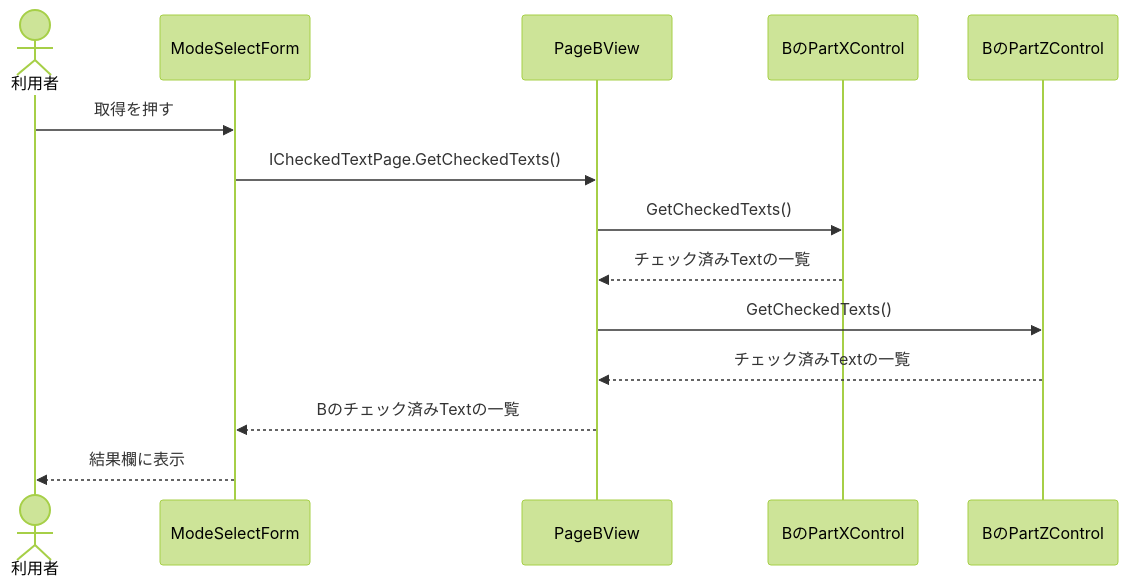
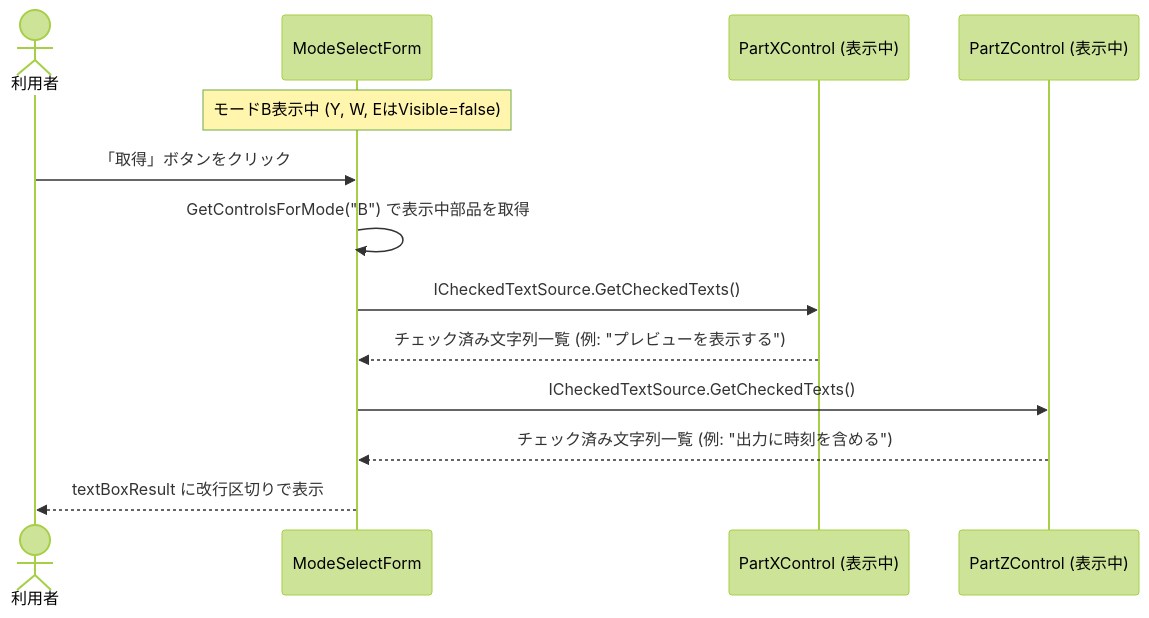
The second of 3 diagrams in samples/WinFormsReusableParts/docs/architecture.md (fuddt/Csharp), drawn with Mermaid (forest theme) before and after one commit. The commit also changed other lines of this file and 33 other files, not shown here.

````diff
--- a/samples/WinFormsReusableParts/docs/architecture.md
+++ b/samples/WinFormsReusableParts/docs/architecture.md
@@ -30,16 +34,15 @@
 ```mermaid
 sequenceDiagram
     actor User as 利用者
     participant Form as ModeSelectForm
-    participant Page as PageBView
-    participant X as BのPartXControl
-    participant Z as BのPartZControl
-    User->>Form: 取得を押す
-    Form->>Page: ICheckedTextPage.GetCheckedTexts()
-    Page->>X: GetCheckedTexts()
-    X-->>Page: チェック済みTextの一覧
-    Page->>Z: GetCheckedTexts()
-    Z-->>Page: チェック済みTextの一覧
-    Page-->>Form: Bのチェック済みTextの一覧
-    Form-->>User: 結果欄に表示
+    participant X as PartXControl (表示中)
+    participant Z as PartZControl (表示中)
+    Note over Form: モードB表示中 (Y, W, EはVisible=false)
+    User->>Form: 「取得」ボタンをクリック
+    Form->>Form: GetControlsForMode("B") で表示中部品を取得
+    Form->>X: ICheckedTextSource.GetCheckedTexts()
+    X-->>Form: チェック済み文字列一覧 (例: "プレビューを表示する")
+    Form->>Z: ICheckedTextSource.GetCheckedTexts()
+    Z-->>Form: チェック済み文字列一覧 (例: "出力に時刻を含める")
+    Form-->>User: textBoxResult に改行区切りで表示
 ```
````
